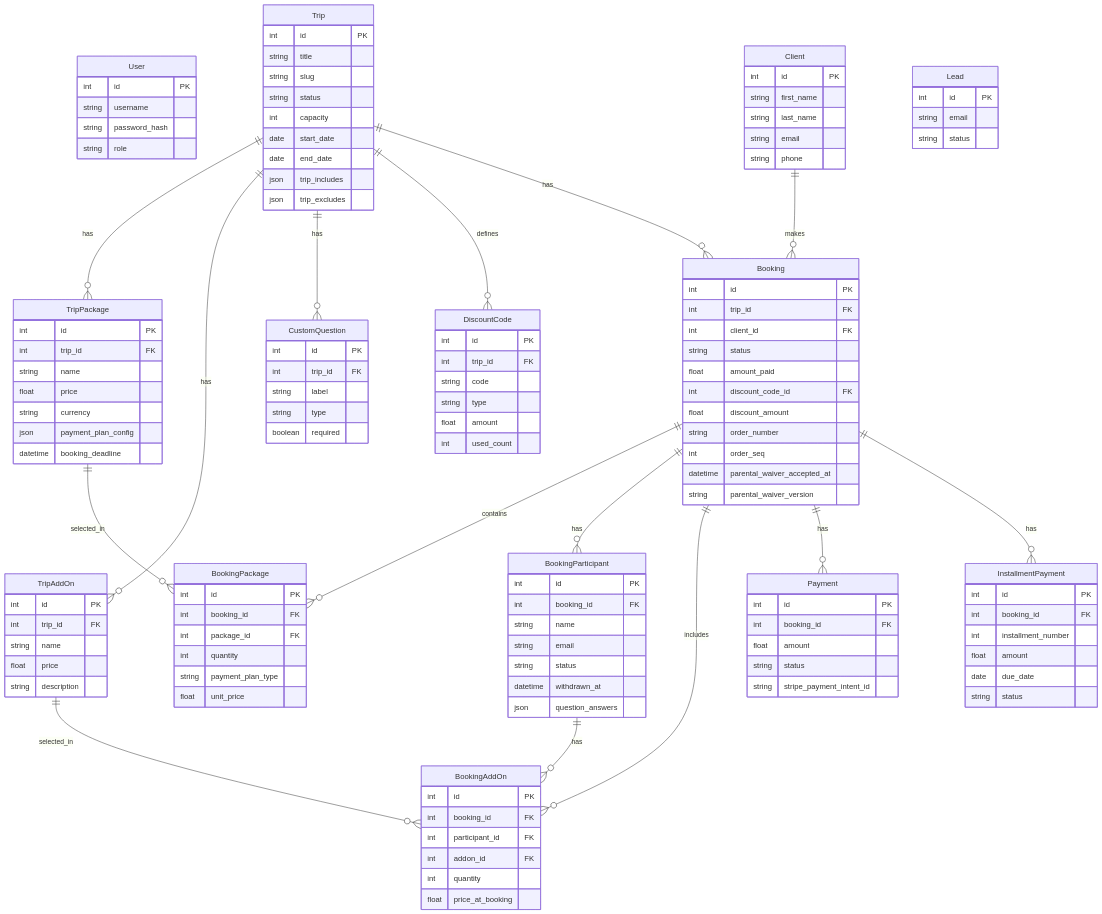
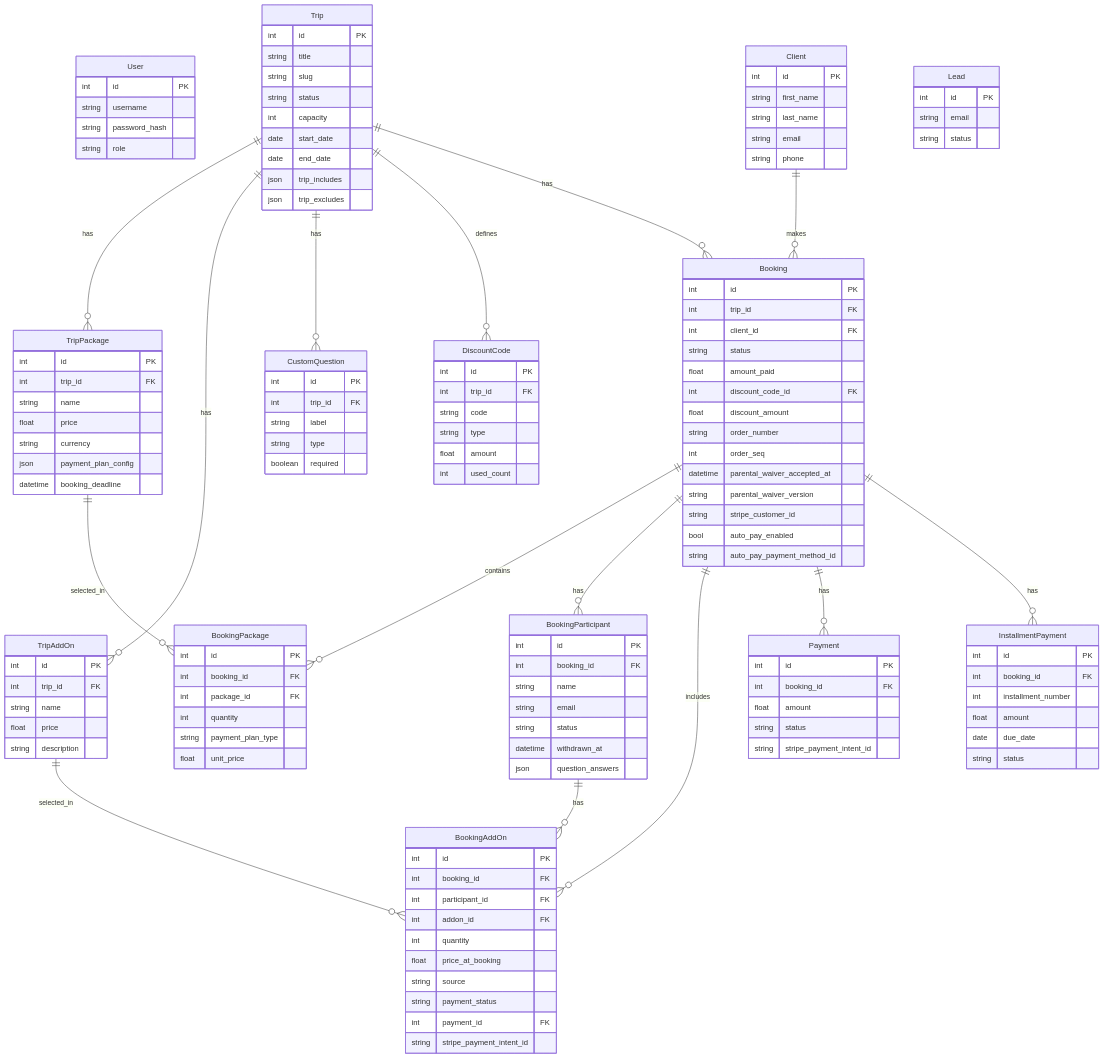
The first of 2 diagrams in context/02_数据库设计.md (Arafat0319/nhtours), drawn with Mermaid before and after one commit. The commit also changed other lines of this file and 48 other files, not shown here.

First line of the commit message:
Ship Auto Pay, Manage post-add add-ons, and receipt Due/Paid emphasis.

```diff
--- a/context/02_数据库设计.md
+++ b/context/02_数据库设计.md
@@ -82,6 +82,9 @@
         int order_seq
         datetime parental_waiver_accepted_at
         string parental_waiver_version
+        string stripe_customer_id
+        bool auto_pay_enabled
+        string auto_pay_payment_method_id
     }
     BookingPackage {
         int id PK
@@ -107,6 +110,10 @@
         int addon_id FK
         int quantity
         float price_at_booking
+        string source
+        string payment_status
+        int payment_id FK
+        string stripe_payment_intent_id
     }
     Payment {
         int id PK
```
